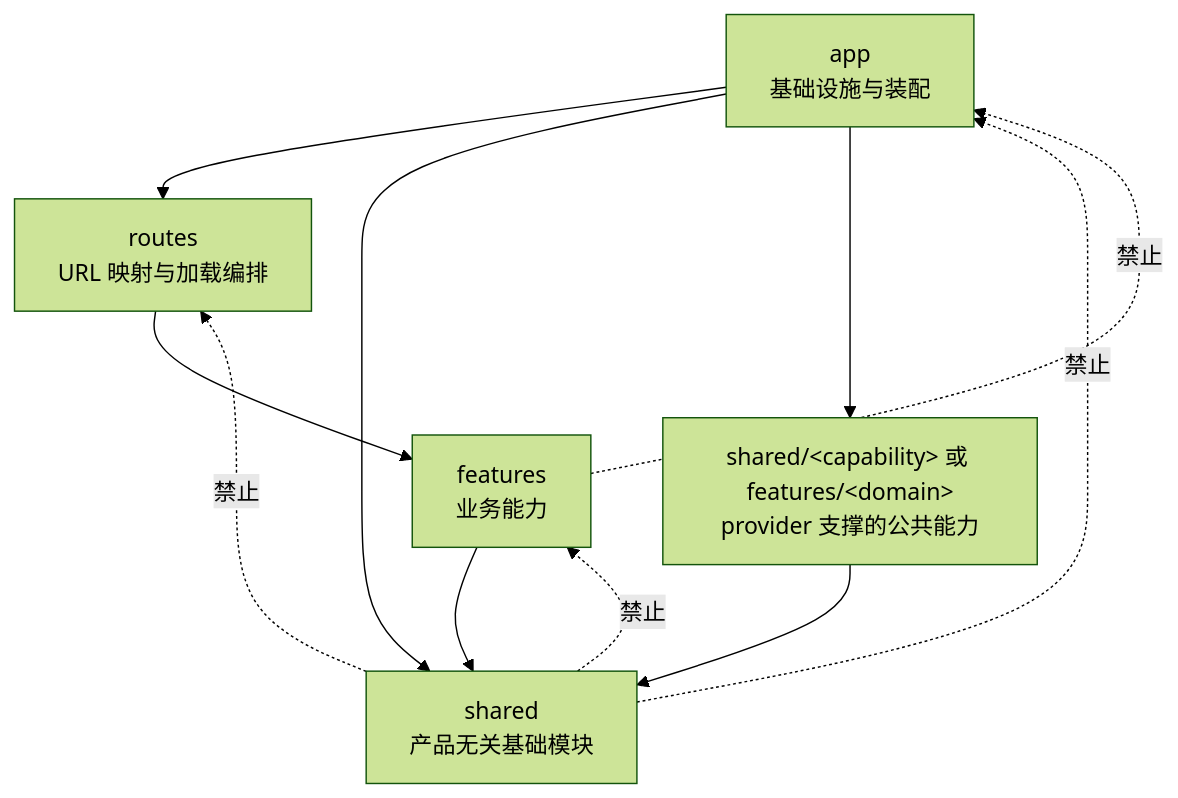
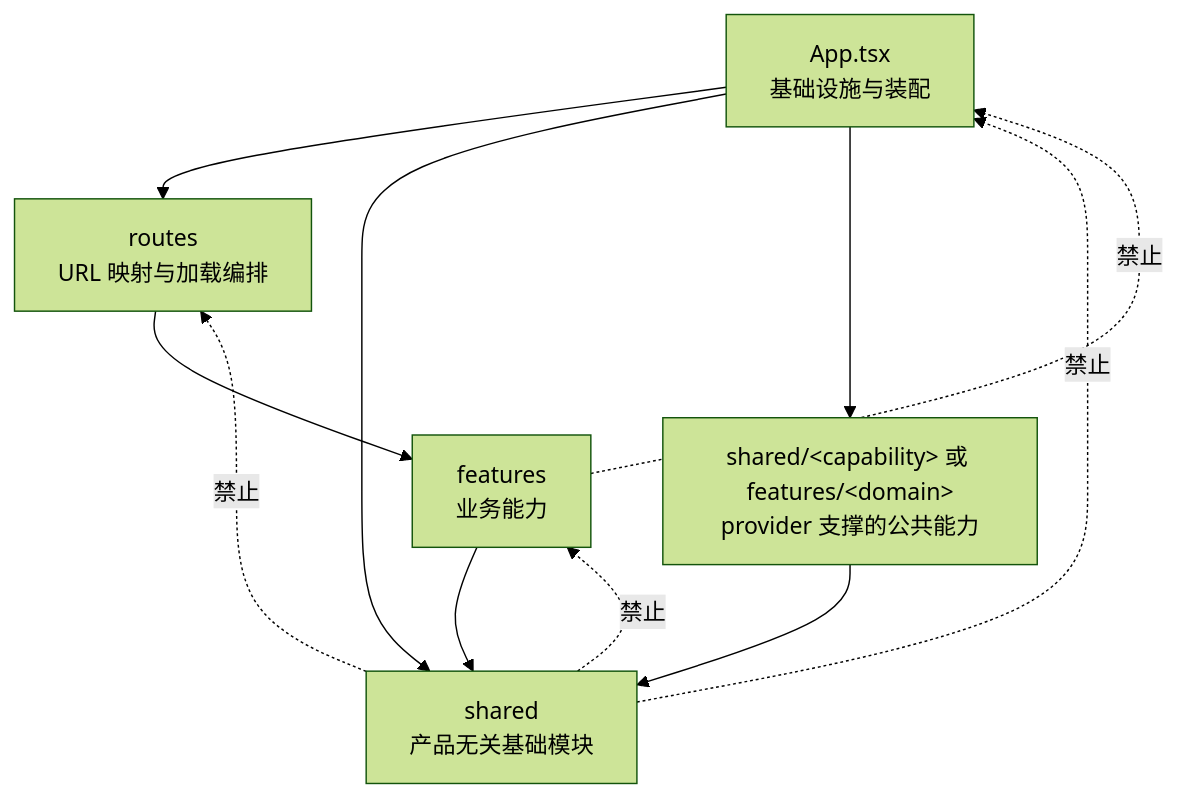
One commit to RingoTangs/react-app changed the diagram in README.md. Above: the diagram before and after it, drawn with Mermaid (forest theme). The commit also changed other lines of this file and 9 other files, not shown here.

````diff
--- a/README.md
+++ b/README.md
@@ -151,20 +146,20 @@
 ```mermaid
 flowchart TD
-  App["app<br/>基础设施与装配"]
+  App["App.tsx<br/>基础设施与装配"]
   Routes["routes<br/>URL 映射与加载编排"]
   Features["features<br/>业务能力"]
   Shared["shared<br/>产品无关基础模块"]
   ProviderCapability["shared/&lt;capability&gt; 或 features/&lt;domain&gt;<br/>provider 支撑的公共能力"]
 
   App --> Routes
   App --> Shared
   App --> ProviderCapability
   Routes --> Features
   Features --> Shared
   ProviderCapability --> Shared
 
   Shared -. 禁止 .-> App
   Shared -. 禁止 .-> Routes
   Shared -. 禁止 .-> Features
   Features -. 禁止 .-> App
 ```
````
